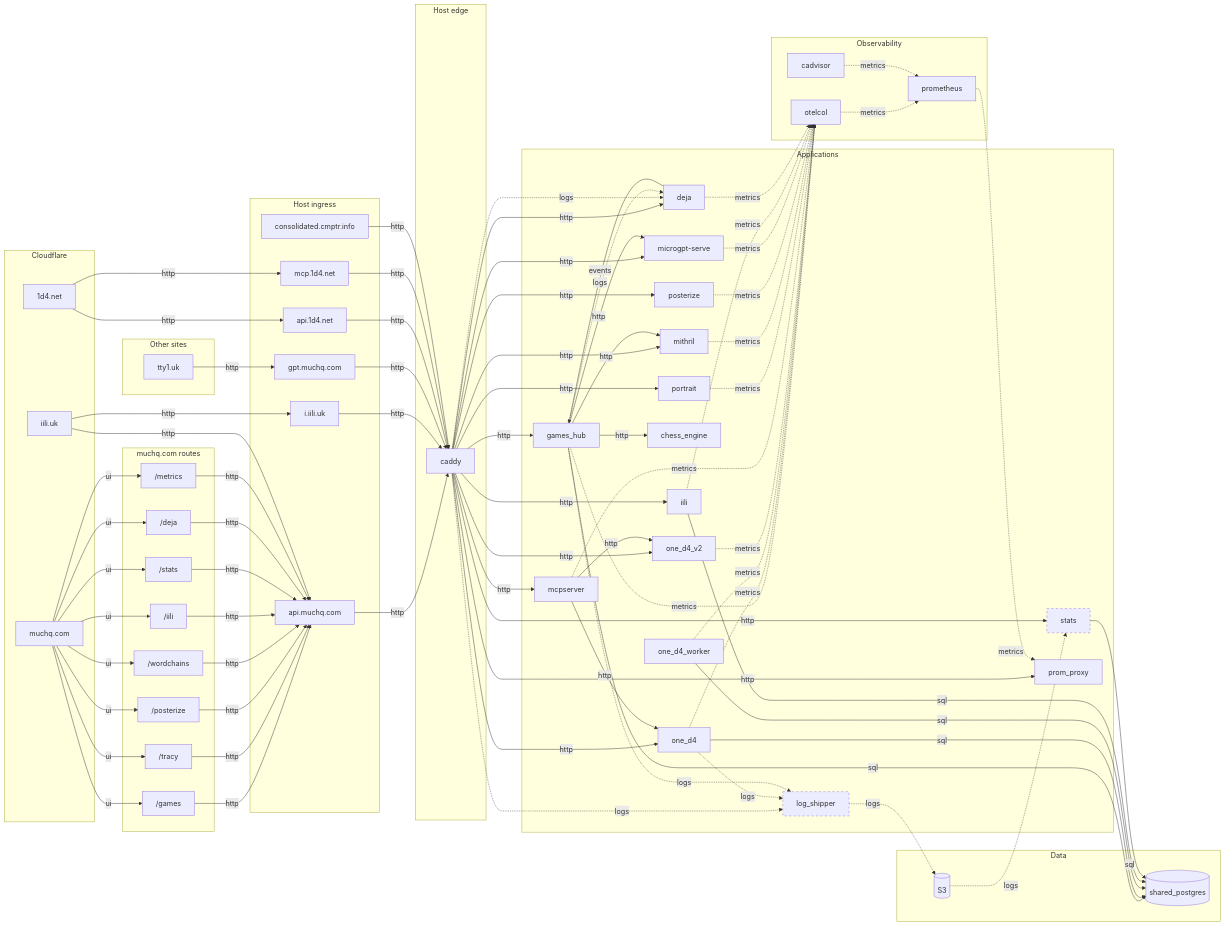
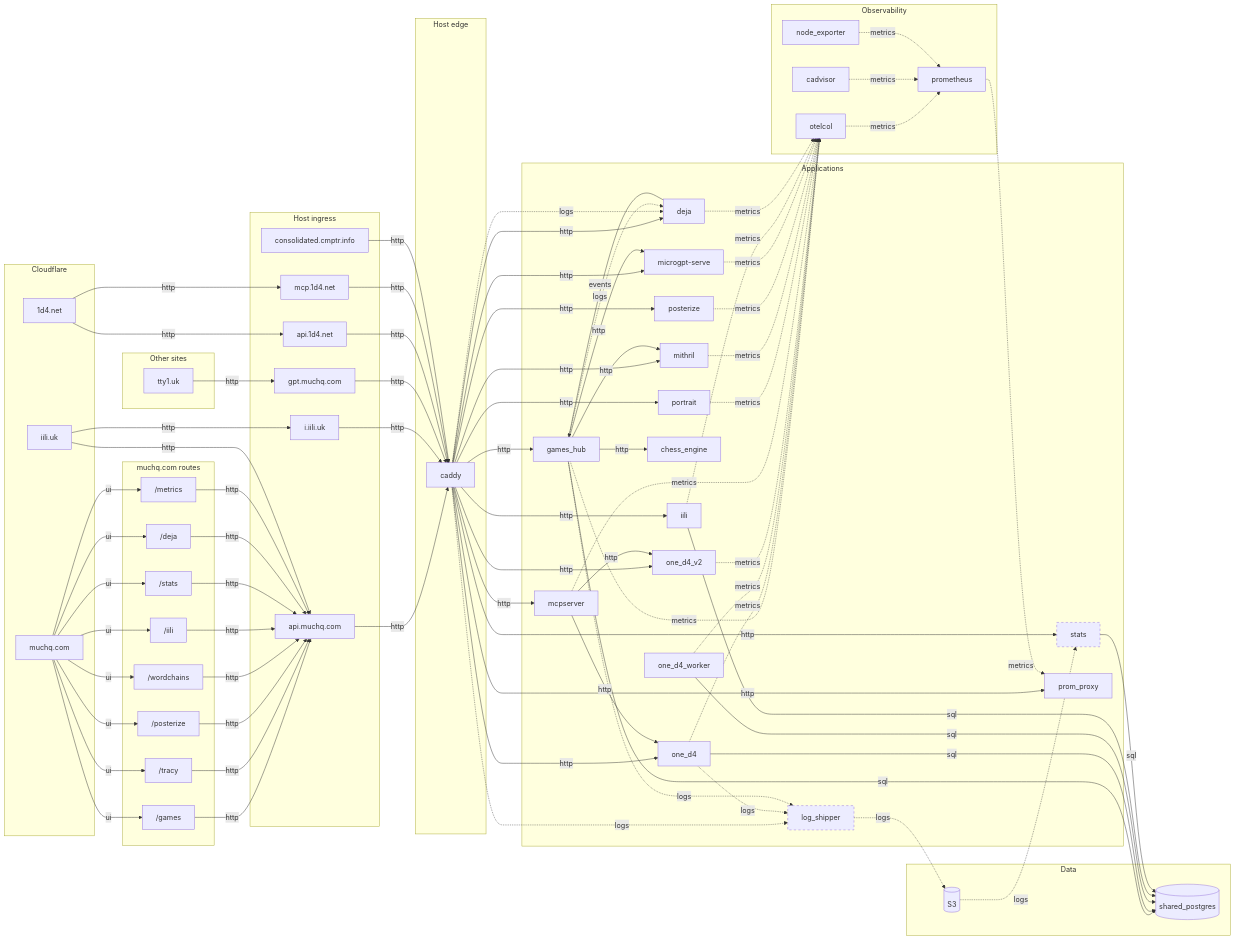
One commit to muchq/muchq.github.io changed the diagram in src/apps/topology/topology.mmd. Above: the diagram before and after it, drawn with Mermaid. The commit also changed 2 other files, not shown here.

Commit message:
metrics: host OOM kills tile and topology sync (#403)
* metrics: show host OOM kills on the Host page

Surface oom_kills_last_hour from prom_proxy next to Memory so global
kernel OOM (invisible to container_oom_events_total) is visible.

* topology: add node_exporter

Keep the deployed diagram in sync with MoonBase DEPLOYMENT.md so the
host OOM scrape shows on /topology.

```diff
--- a/src/apps/topology/topology.mmd
+++ b/src/apps/topology/topology.mmd
@@ -1,154 +1,156 @@
 flowchart LR
   subgraph cf["Cloudflare"]
     muchq_com["muchq.com"]
     iili_uk["iili.uk"]
     one_d4_net["1d4.net"]
   end
 
   subgraph ext["Other sites"]
     tty1_uk["tty1.uk"]
   end
 
   subgraph ingress["Host ingress"]
     api_muchq["api.muchq.com"]
     i_iili_uk["i.iili.uk"]
     gpt_muchq["gpt.muchq.com"]
     api_1d4["api.1d4.net"]
     mcp_1d4["mcp.1d4.net"]
     cmptr["consolidated.cmptr.info"]
   end
 
   subgraph ui["muchq.com routes"]
     ui_games["/games"]
     ui_tracy["/tracy"]
     ui_posterize["/posterize"]
     ui_wordchains["/wordchains"]
     ui_iili["/iili"]
     ui_stats["/stats"]
     ui_deja["/deja"]
     ui_metrics["/metrics"]
   end
 
   subgraph edge["Host edge"]
     caddy["caddy"]
   end
 
   subgraph apps["Applications"]
     games_hub["games_hub"]
     one_d4["one_d4"]
     one_d4_worker["one_d4_worker"]
     one_d4_v2["one_d4_v2"]
     mcpserver["mcpserver"]
     portrait["portrait"]
     mithril["mithril"]
     chess_engine["chess_engine"]
     posterize["posterize"]
     microgpt-serve["microgpt-serve"]
     iili["iili"]
     deja["deja"]
     stats["stats"]:::gated
     log_shipper["log_shipper"]:::gated
     prom_proxy["prom_proxy"]
   end
 
   subgraph data["Data"]
     shared_postgres[("shared_postgres")]
     s3[("S3")]
   end
 
   subgraph obs["Observability"]
     otelcol["otelcol"]
     prometheus["prometheus"]
     cadvisor["cadvisor"]
+    node_exporter["node_exporter"]
   end
 
   muchq_com -->|ui| ui_games
   muchq_com -->|ui| ui_tracy
   muchq_com -->|ui| ui_posterize
   muchq_com -->|ui| ui_wordchains
   muchq_com -->|ui| ui_iili
   muchq_com -->|ui| ui_stats
   muchq_com -->|ui| ui_deja
   muchq_com -->|ui| ui_metrics
 
   ui_games -->|http| api_muchq
   ui_tracy -->|http| api_muchq
   ui_posterize -->|http| api_muchq
   ui_wordchains -->|http| api_muchq
   ui_iili -->|http| api_muchq
   ui_stats -->|http| api_muchq
   ui_deja -->|http| api_muchq
   ui_metrics -->|http| api_muchq
 
   iili_uk -->|http| api_muchq
   iili_uk -->|http| i_iili_uk
   one_d4_net -->|http| api_1d4
   one_d4_net -->|http| mcp_1d4
   tty1_uk -->|http| gpt_muchq
 
   api_muchq -->|http| caddy
   i_iili_uk -->|http| caddy
   gpt_muchq -->|http| caddy
   api_1d4 -->|http| caddy
   mcp_1d4 -->|http| caddy
   cmptr -->|http| caddy
 
   caddy -->|http| games_hub
   caddy -->|http| portrait
   caddy -->|http| mithril
   caddy -->|http| posterize
   caddy -->|http| microgpt-serve
   caddy -->|http| one_d4
   caddy -->|http| one_d4_v2
   caddy -->|http| iili
   caddy -->|http| stats
   caddy -->|http| deja
   caddy -->|http| mcpserver
   caddy -->|http| prom_proxy
 
   mcpserver -->|http| one_d4
   mcpserver -->|http| one_d4_v2
   deja -->|events| games_hub
 
   games_hub -->|sql| shared_postgres
   games_hub -->|http| microgpt-serve
   games_hub -->|http| mithril
   games_hub -->|http| chess_engine
   one_d4 -->|sql| shared_postgres
   one_d4_worker -->|sql| shared_postgres
   iili -->|sql| shared_postgres
   stats -->|sql| shared_postgres
 
   caddy -.->|logs| deja
   games_hub -.->|logs| deja
   caddy -.->|logs| log_shipper
   one_d4 -.->|logs| log_shipper
   games_hub -.->|logs| log_shipper
   log_shipper -.->|logs| s3
   s3 -.->|logs| stats
 
   games_hub -.->|metrics| otelcol
   one_d4 -.->|metrics| otelcol
   one_d4_worker -.->|metrics| otelcol
   one_d4_v2 -.->|metrics| otelcol
   mcpserver -.->|metrics| otelcol
   portrait -.->|metrics| otelcol
   mithril -.->|metrics| otelcol
   posterize -.->|metrics| otelcol
   microgpt-serve -.->|metrics| otelcol
   iili -.->|metrics| otelcol
   deja -.->|metrics| otelcol
   otelcol -.->|metrics| prometheus
   cadvisor -.->|metrics| prometheus
+  node_exporter -.->|metrics| prometheus
   prometheus -.->|metrics| prom_proxy
 
   classDef gated stroke-dasharray: 5 5
 
   click games_hub "https://muchq.com/games"
   click portrait "https://muchq.com/tracy"
   click posterize "https://muchq.com/posterize"
   click mithril "https://muchq.com/wordchains"
   click iili "https://muchq.com/iili"
   click stats "https://muchq.com/stats"
   click deja "https://muchq.com/deja"
   click prom_proxy "https://muchq.com/metrics"
```
